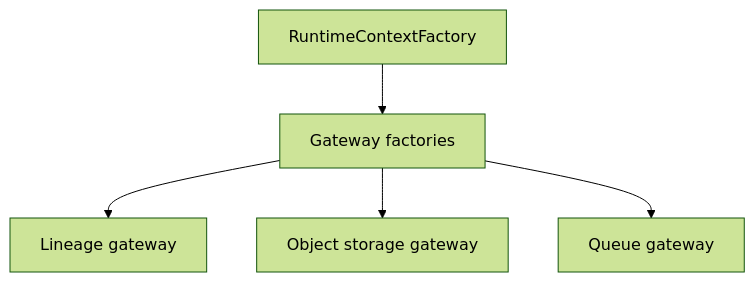
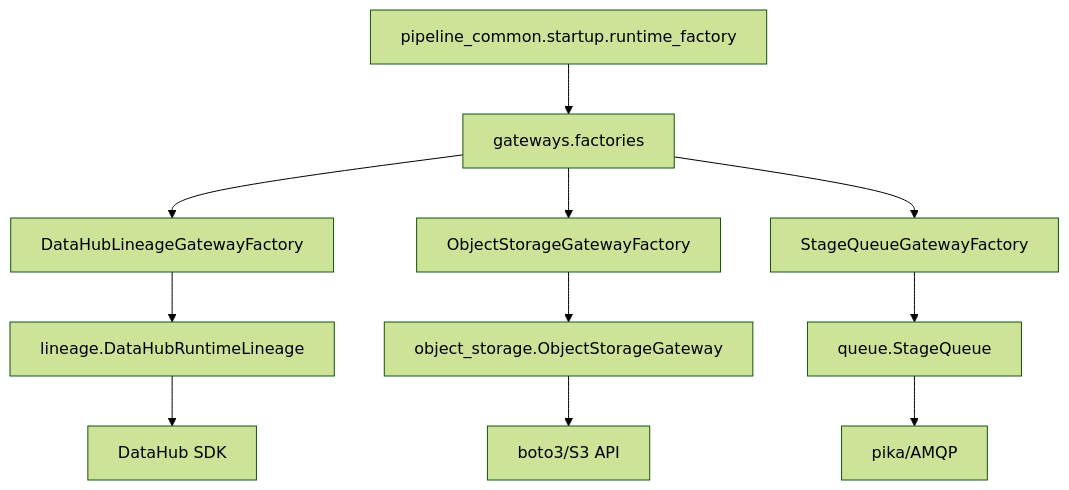
The first of 2 diagrams in libs/pipeline-common/src/pipeline_common/gateways/docs/ARCHITECTURE.md (ElwesHonorato/governed-rag-foundation), drawn with Mermaid (forest theme) before and after one commit. The commit also changed other lines of this file and 6 other files, not shown here.

Commit message:
docs(architecture): move module architecture files into docs folders

````diff
--- a/libs/pipeline-common/src/pipeline_common/gateways/docs/ARCHITECTURE.md
+++ b/libs/pipeline-common/src/pipeline_common/gateways/docs/ARCHITECTURE.md
@@ -26,7 +89,15 @@
 ```mermaid
 graph TD
-    A[RuntimeContextFactory] --> B[Gateway factories]
-    B --> C[Lineage gateway]
-    B --> D[Object storage gateway]
-    B --> E[Queue gateway]
+    A[pipeline_common.startup.runtime_factory] --> B[gateways.factories]
+    B --> C[DataHubLineageGatewayFactory]
+    B --> D[ObjectStorageGatewayFactory]
+    B --> E[StageQueueGatewayFactory]
+
+    C --> F[lineage.DataHubRuntimeLineage]
+    D --> G[object_storage.ObjectStorageGateway]
+    E --> H[queue.StageQueue]
+
+    F --> I[DataHub SDK]
+    G --> J[boto3/S3 API]
+    H --> K[pika/AMQP]
 ```
````
